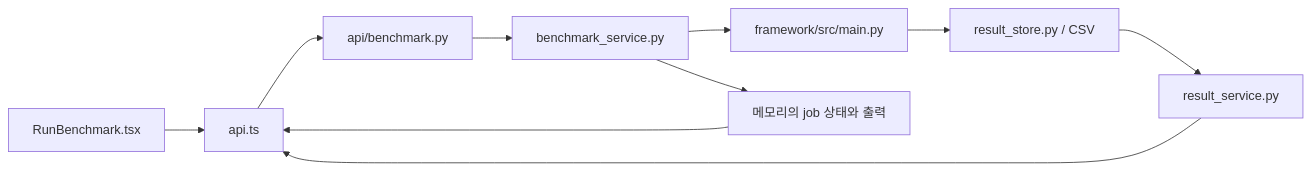
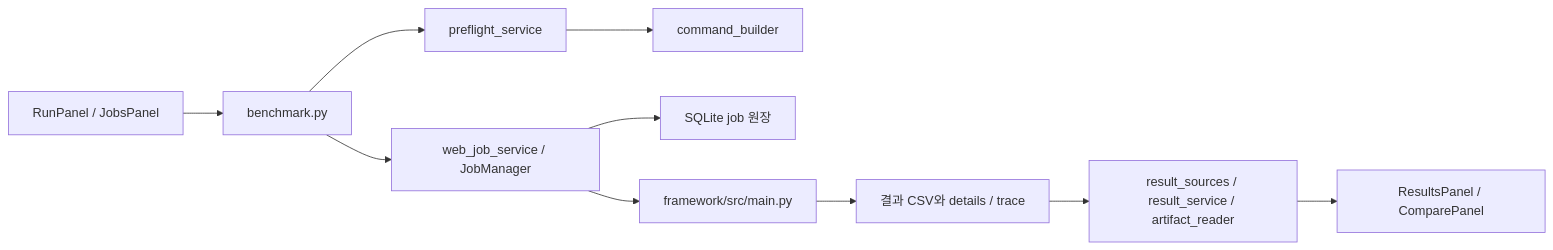
One commit to hunterhhunter/ML-HW-Benchmark-Framework changed the diagram in docs/developer-guide/11-web-cli-integration.md. Above: the diagram before and after it, drawn with Mermaid. The commit also changed other lines of this file and 13 other files, not shown here.

Commit message:
docs: describe web CLI parity and result workflows

````diff
--- a/docs/developer-guide/11-web-cli-integration.md
+++ b/docs/developer-guide/11-web-cli-integration.md
@@ -12,12 +9,12 @@
 ```mermaid
 flowchart LR
-    UI[RunBenchmark.tsx] --> API[api.ts]
-    API --> ROUTE[api/benchmark.py]
-    ROUTE --> SERVICE[benchmark_service.py]
-    SERVICE --> CLI[framework/src/main.py]
-    CLI --> STORE[result_store.py / CSV]
-    SERVICE --> JOB[메모리의 job 상태와 출력]
-    JOB --> API
-    STORE --> RESULT[result_service.py]
-    RESULT --> API
+    UI[RunPanel / JobsPanel] --> API[benchmark.py]
+    API --> PRE[preflight_service]
+    PRE --> CMD[command_builder]
+    API --> MGR[web_job_service / JobManager]
+    MGR --> DB[SQLite job 원장]
+    MGR --> CLI[framework/src/main.py]
+    CLI --> CSV[결과 CSV와 details / trace]
+    CSV --> RES[result_sources / result_service / artifact_reader]
+    RES --> UI2[ResultsPanel / ComparePanel]
 ```
````
